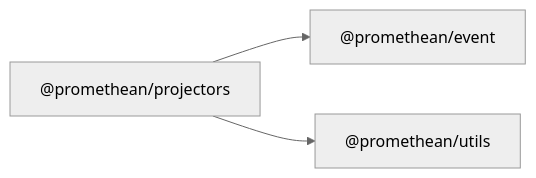
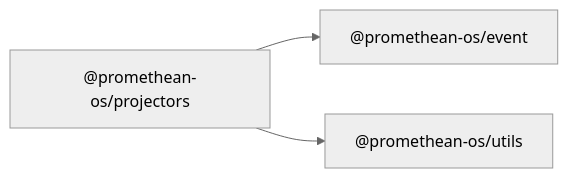
One commit to octave-commons/promethean changed the diagram in docs/packages/projectors/README.md. Above: the diagram before and after it, drawn with Mermaid (neutral theme). The commit also changed other lines of this file and 1753 other files, not shown here.

````diff
--- a/docs/packages/projectors/README.md
+++ b/docs/packages/projectors/README.md
@@ -14,10 +14,10 @@
 ```mermaid
 graph LR
-  A["@promethean/projectors"]
-  D1["@promethean/event"]
-  D2["@promethean/utils"]
-  A --> D1["@promethean/event"]
-  A --> D2["@promethean/utils"]
-  click D1 "../event/README.md" "@promethean/event"
-  click D2 "../utils/README.md" "@promethean/utils"
+  A["@promethean-os/projectors"]
+  D1["@promethean-os/event"]
+  D2["@promethean-os/utils"]
+  A --> D1["@promethean-os/event"]
+  A --> D2["@promethean-os/utils"]
+  click D1 "../event/README.md" "@promethean-os/event"
+  click D2 "../utils/README.md" "@promethean-os/utils"
 ```
````
